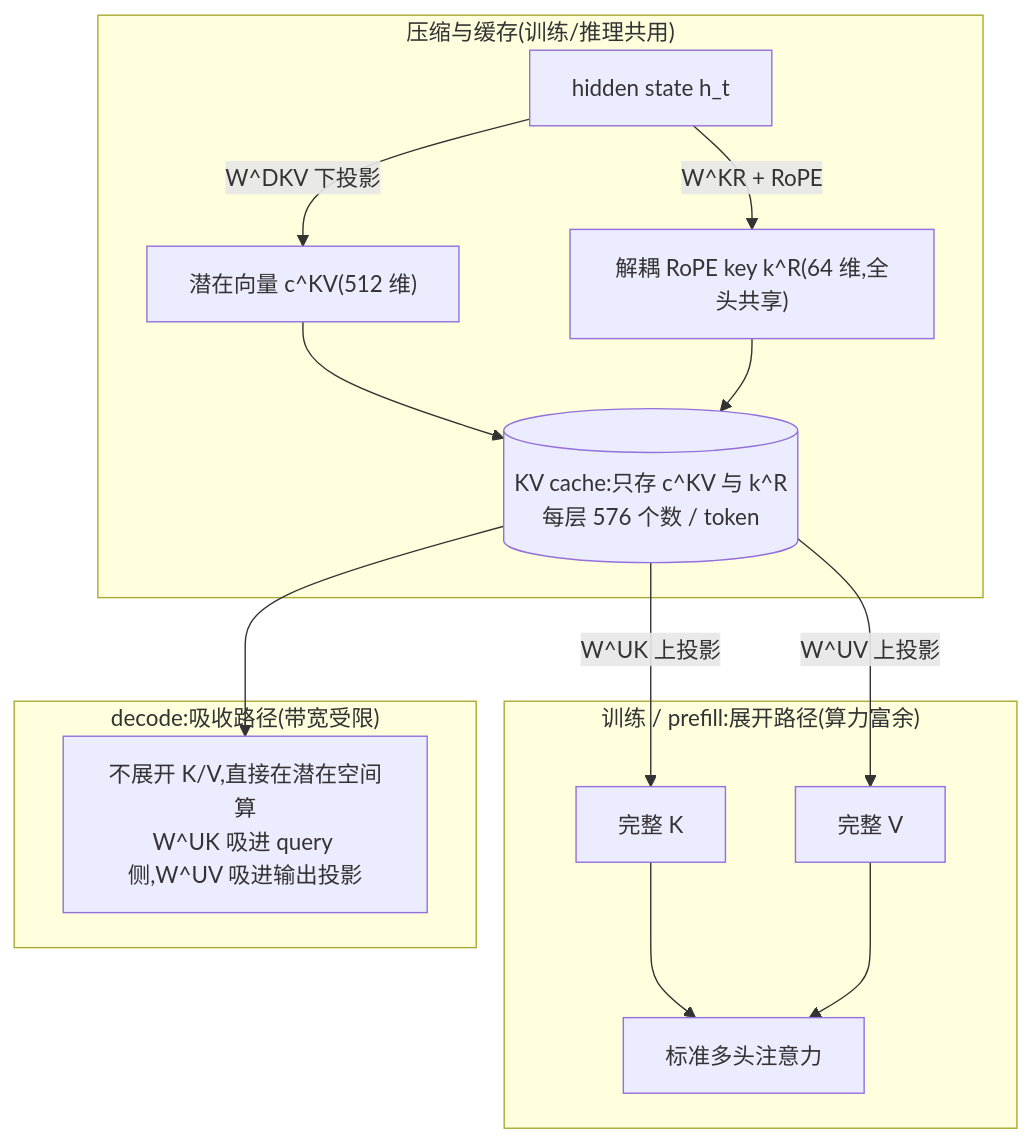
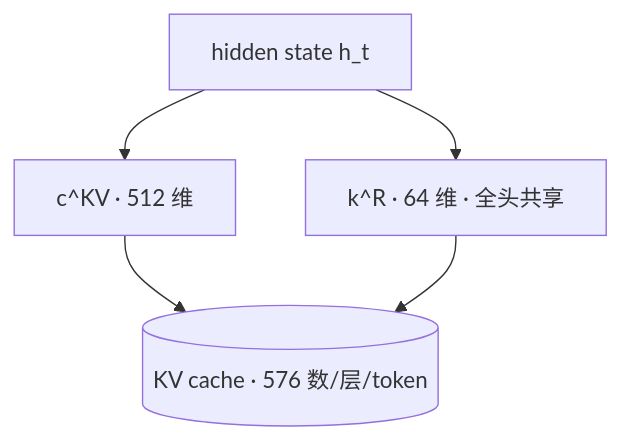
One commit to ChaoyuWang04/MockInterview changed the diagram in knowledge/01-模型结构/MLA.md. Above: the diagram before and after it, drawn with Mermaid. The commit also changed other lines of this file and 12 other files, not shown here.

````diff
--- a/knowledge/01-模型结构/MLA.md
+++ b/knowledge/01-模型结构/MLA.md
@@ -79,18 +101,7 @@
 ```mermaid
-flowchart TB
-    subgraph S1["压缩与缓存(训练/推理共用)"]
-        H["hidden state h_t"] -->|"W^DKV 下投影"| C["潜在向量 c^KV(512 维)"]
-        H -->|"W^KR + RoPE"| R["解耦 RoPE key k^R(64 维,全头共享)"]
-        C --> KV[("KV cache:只存 c^KV 与 k^R<br/>每层 576 个数 / token")]
-        R --> KV
-    end
-    subgraph S2["训练 / prefill:展开路径(算力富余)"]
-        KV -->|"W^UK 上投影"| K["完整 K"]
-        KV -->|"W^UV 上投影"| V["完整 V"]
-        K --> A1["标准多头注意力"]
-        V --> A1
-    end
-    subgraph S3["decode:吸收路径(带宽受限)"]
-        KV --> A2["不展开 K/V,直接在潜在空间算<br/>W^UK 吸进 query 侧,W^UV 吸进输出投影"]
-    end
+flowchart TD
+    H["hidden state h_t"] --> C["c^KV · 512 维"]
+    H --> R["k^R · 64 维 · 全头共享"]
+    C --> KV[("KV cache · 576 数/层/token")]
+    R --> KV
 ```
````
